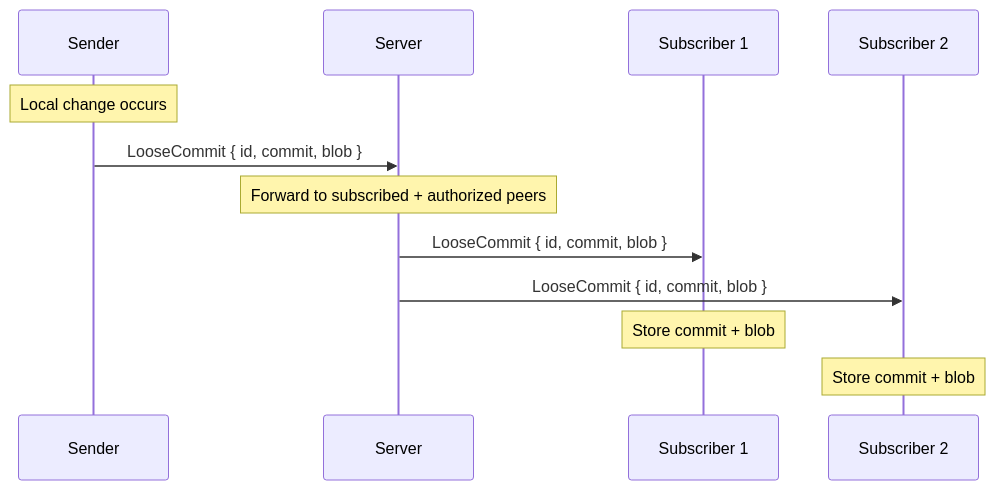
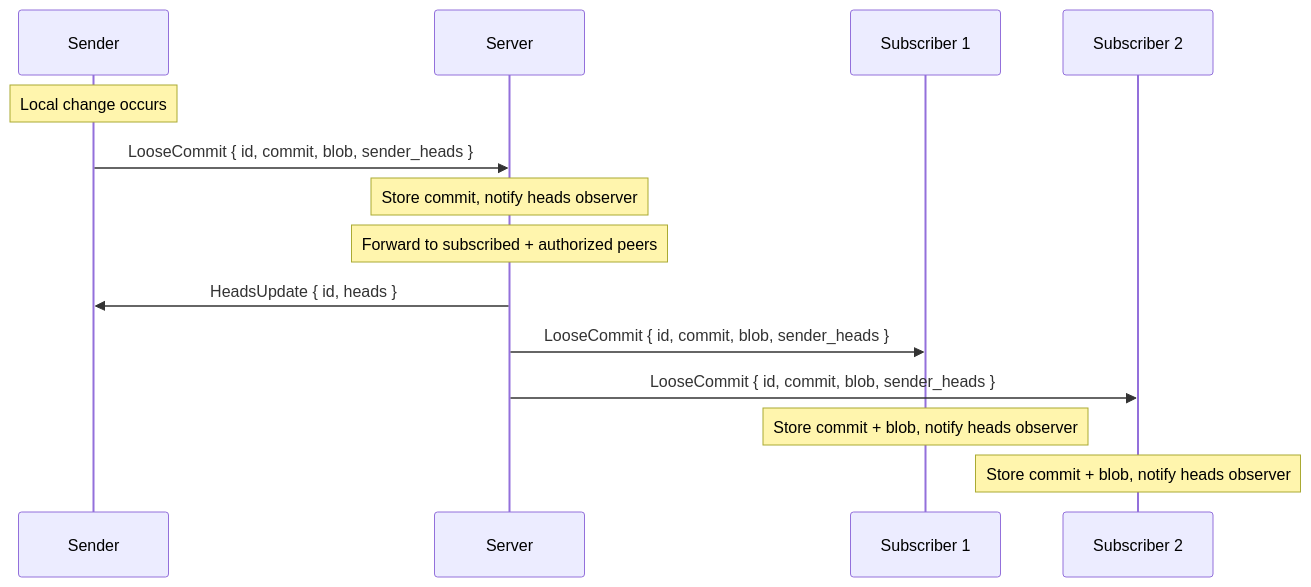
The first of 4 diagrams in design/sync/incremental.md (inkandswitch/subduction), drawn with Mermaid before and after one commit. The commit also changed other lines of this file and 34 other files, not shown here.

````diff
--- a/design/sync/incremental.md
+++ b/design/sync/incremental.md
@@ -12,17 +12,19 @@
 ```mermaid
 sequenceDiagram
     participant A as Sender
     participant S as Server
     participant B as Subscriber 1
     participant C as Subscriber 2
 
     Note over A: Local change occurs
 
-    A->>S: LooseCommit { id, commit, blob }
+    A->>S: LooseCommit { id, commit, blob, sender_heads }
+    Note over S: Store commit, notify heads observer
     Note over S: Forward to subscribed + authorized peers
-    S->>B: LooseCommit { id, commit, blob }
-    S->>C: LooseCommit { id, commit, blob }
+    S->>A: HeadsUpdate { id, heads }
+    S->>B: LooseCommit { id, commit, blob, sender_heads }
+    S->>C: LooseCommit { id, commit, blob, sender_heads }
 
-    Note over B: Store commit + blob
-    Note over C: Store commit + blob
+    Note over B: Store commit + blob, notify heads observer
+    Note over C: Store commit + blob, notify heads observer
 ```
````
